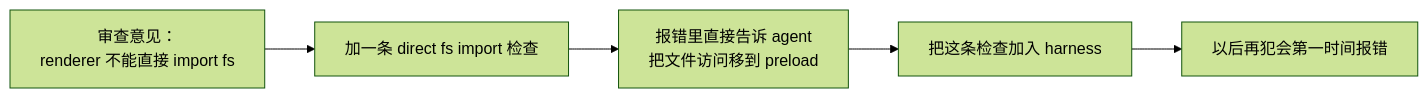
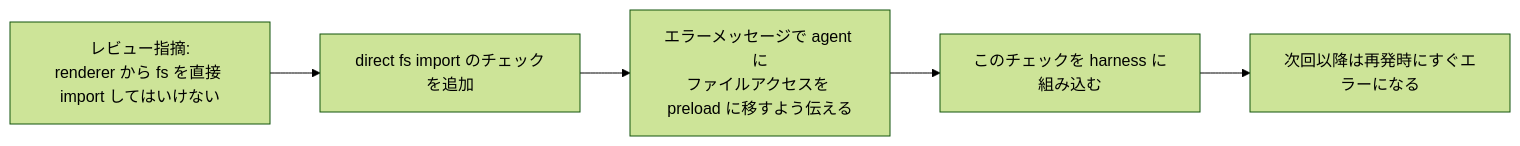
The second of 2 diagrams in docs/zh/lectures/lecture-10-why-end-to-end-testing-changes-results/index.md (mkusaka/learn-harness-engineering), drawn with Mermaid (forest theme) before and after one commit. The commit also changed other lines of this file and 571 other files, not shown here.

````diff
--- a/docs/zh/lectures/lecture-10-why-end-to-end-testing-changes-results/index.md
+++ b/docs/zh/lectures/lecture-10-why-end-to-end-testing-changes-results/index.md
@@ -52,7 +52,7 @@
 ```mermaid
 flowchart LR
-    Review["审查意见：<br/>renderer 不能直接 import fs"] --> Rule["加一条 direct fs import 检查"]
-    Rule --> Message["报错里直接告诉 agent<br/>把文件访问移到 preload"]
-    Message --> Harness["把这条检查加入 harness"]
-    Harness --> Stronger["以后再犯会第一时间报错"]
+    Review["レビュー指摘:<br/>renderer から fs を直接 import してはいけない"] --> Rule["direct fs import のチェックを追加"]
+    Rule --> Message["エラーメッセージで agent に<br/>ファイルアクセスを preload に移すよう伝える"]
+    Message --> Harness["このチェックを harness に組み込む"]
+    Harness --> Stronger["次回以降は再発時にすぐエラーになる"]
 ```
````
